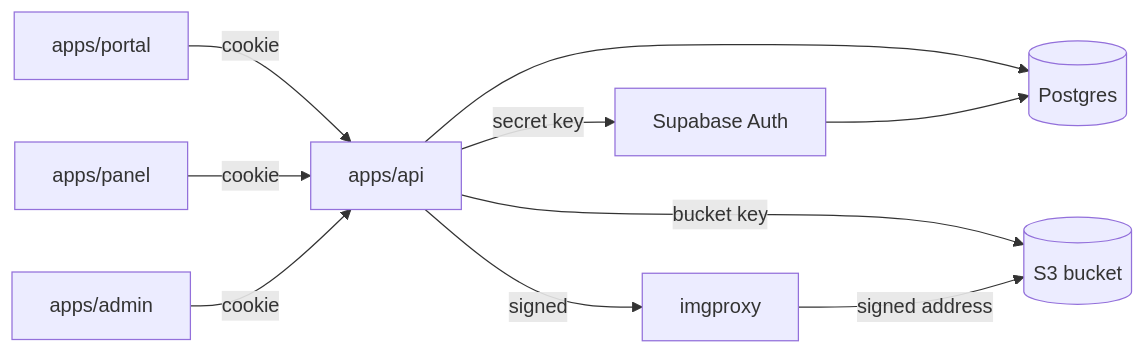
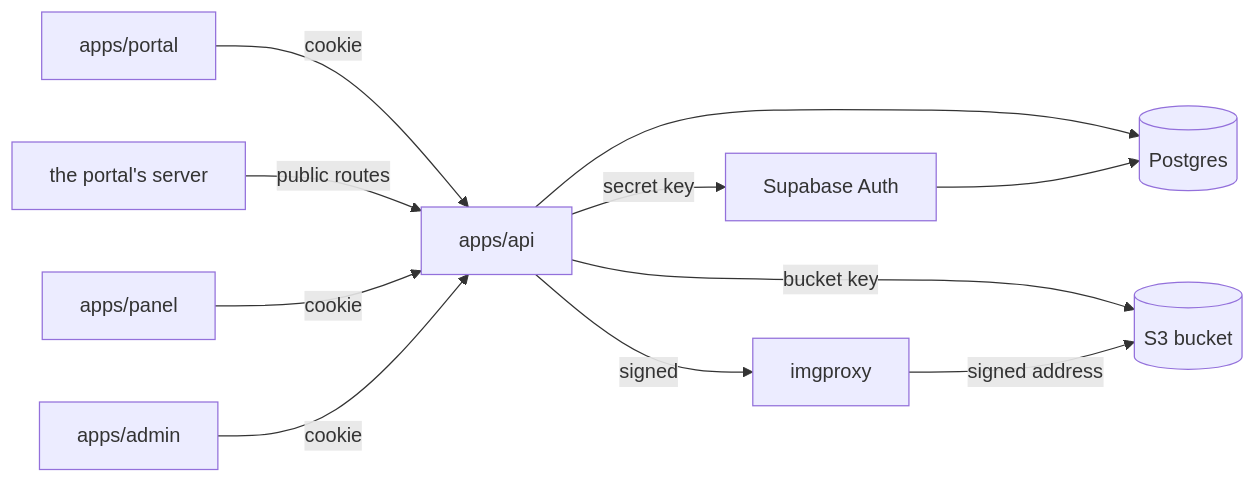
One commit to opos-land/opos changed the diagram in docs/ARCHITECTURE.md. Above: the diagram before and after it, drawn with Mermaid. The commit also changed other lines of this file and 49 other files, not shown here.

````diff
--- a/docs/ARCHITECTURE.md
+++ b/docs/ARCHITECTURE.md
@@ -10,12 +10,13 @@
 ```mermaid
 graph LR
     portal["apps/portal"] -->|cookie| api["apps/api"]
+    server["the portal's server"] -->|public routes| api
     panel["apps/panel"] -->|cookie| api
     admin["apps/admin"] -->|cookie| api
     api -->|secret key| auth["Supabase Auth"]
     api --> pg[("Postgres")]
     auth --> pg
     api -->|bucket key| s3[("S3 bucket")]
     api -->|signed| imgproxy["imgproxy"]
     imgproxy -->|signed address| s3
 ```
````
